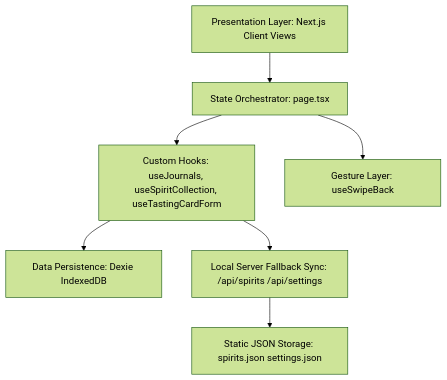
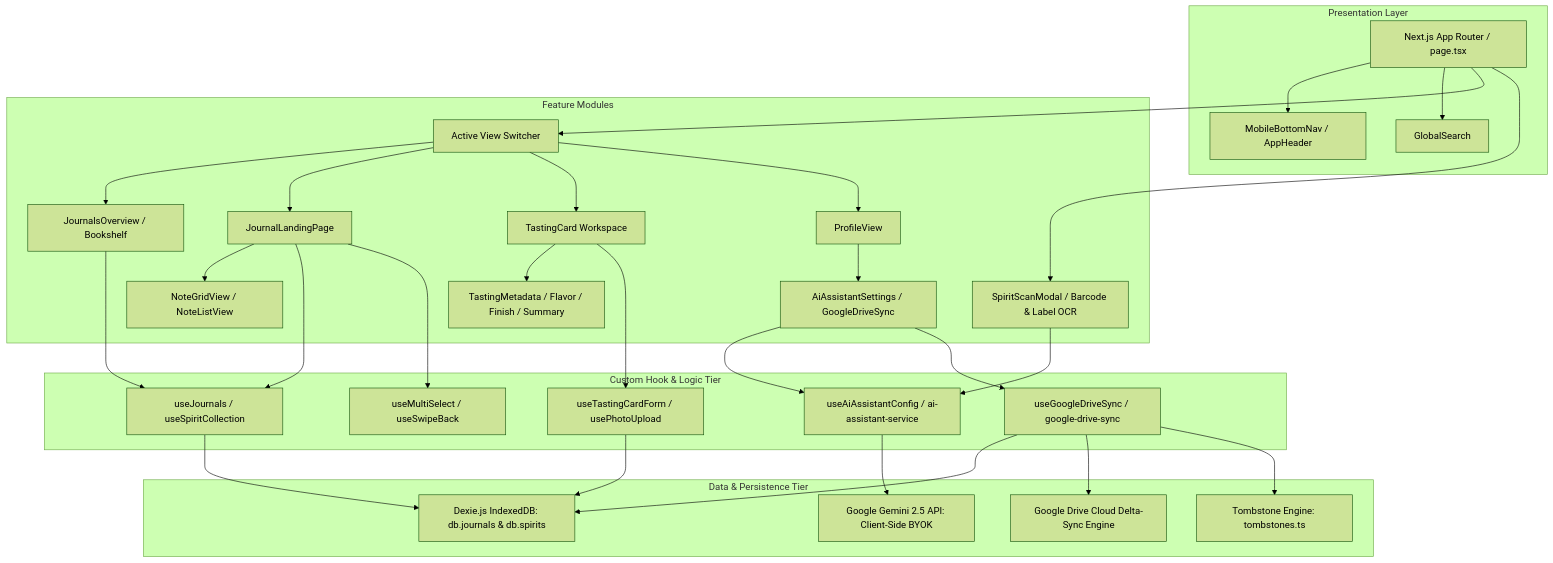
Before and after one commit to moujou/aquavitaeum: the diagram in docs/ARCHITECTURE.md, drawn with Mermaid (forest theme). The commit also changed other lines of this file and 87 other files, not shown here.

First line of the commit message:
implement in-place Drive folder rename and tasting ard enhancement (#25)

````diff
--- a/docs/ARCHITECTURE.md
+++ b/docs/ARCHITECTURE.md
@@ -11,9 +11,36 @@
 ```mermaid
 graph TD
-  A[Presentation Layer: Next.js Client Views] --> B[State Orchestrator: page.tsx]
-  B --> C[Custom Hooks: useJournals, useSpiritCollection, useTastingCardForm]
-  B --> G[Gesture Layer: useSwipeBack]
-  C --> D[Data Persistence: Dexie IndexedDB]
-  C --> E[Local Server Fallback Sync: /api/spirits /api/settings]
-  E --> F[Static JSON Storage: spirits.json settings.json]
+  subgraph Presentation Layer
+    A[Next.js App Router / page.tsx]
+    A --> Nav[MobileBottomNav / AppHeader]
+    A --> Search[GlobalSearch]
+  end
+
+  subgraph Feature Modules
+    A --> Views[Active View Switcher]
+    Views --> V1[JournalsOverview / Bookshelf]
+    Views --> V2[JournalLandingPage]
+    Views --> V3[TastingCard Workspace]
+    Views --> V4[ProfileView]
+
+    V2 --> Layouts[NoteGridView / NoteListView]
+    V3 --> TCSections[TastingMetadata / Flavor / Finish / Summary]
+    V4 --> ProfSections[AiAssistantSettings / GoogleDriveSync]
+    A --> Scanner[SpiritScanModal / Barcode & Label OCR]
+  end
+
+  subgraph Custom Hook & Logic Tier
+    V1 & V2 --> HJ[useJournals / useSpiritCollection]
+    V2 --> HMS[useMultiSelect / useSwipeBack]
+    V3 --> HTC[useTastingCardForm / usePhotoUpload]
+    ProfSections & Scanner --> HAI[useAiAssistantConfig / ai-assistant-service]
+    ProfSections --> HGD[useGoogleDriveSync / google-drive-sync]
+  end
+
+  subgraph Data & Persistence Tier
+    HJ & HTC & HGD --> Dexie[Dexie.js IndexedDB: db.journals & db.spirits]
+    HGD --> GDrive[Google Drive Cloud Delta-Sync Engine]
+    HAI --> Gemini[Google Gemini 2.5 API: Client-Side BYOK]
+    HGD --> Tombs[Tombstone Engine: tombstones.ts]
+  end
 ```
````
